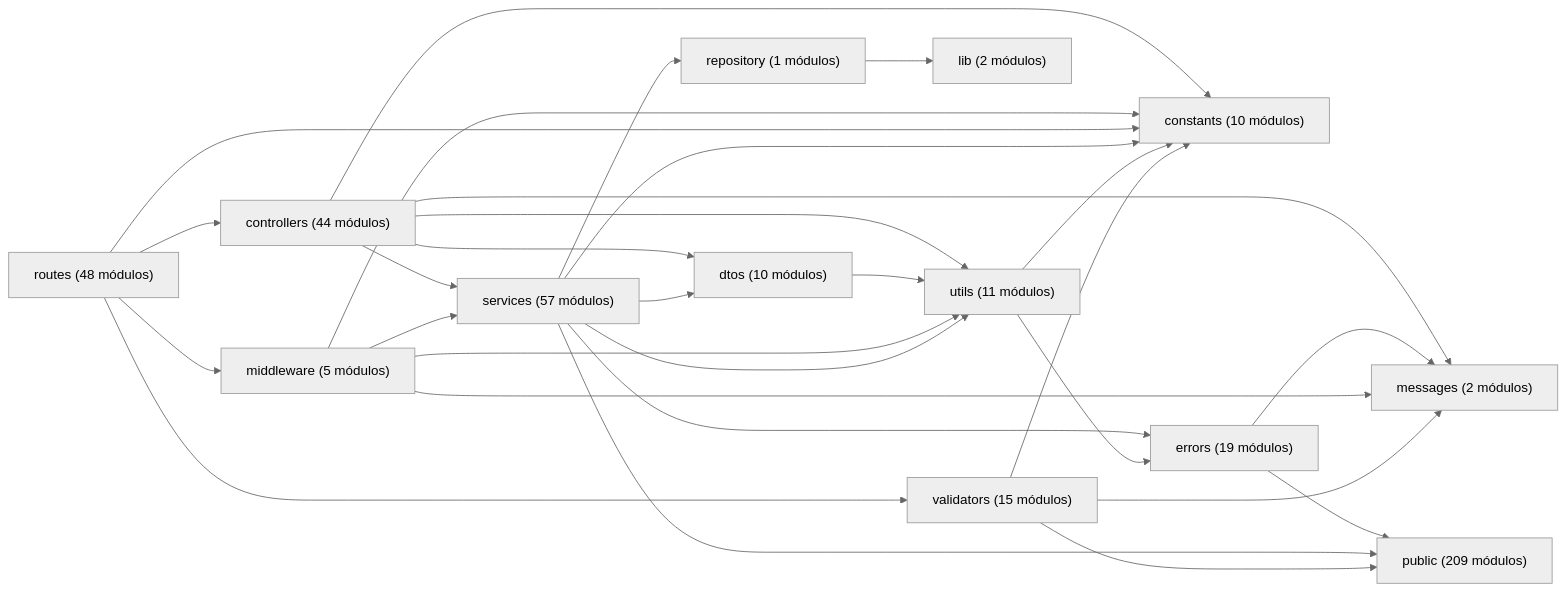
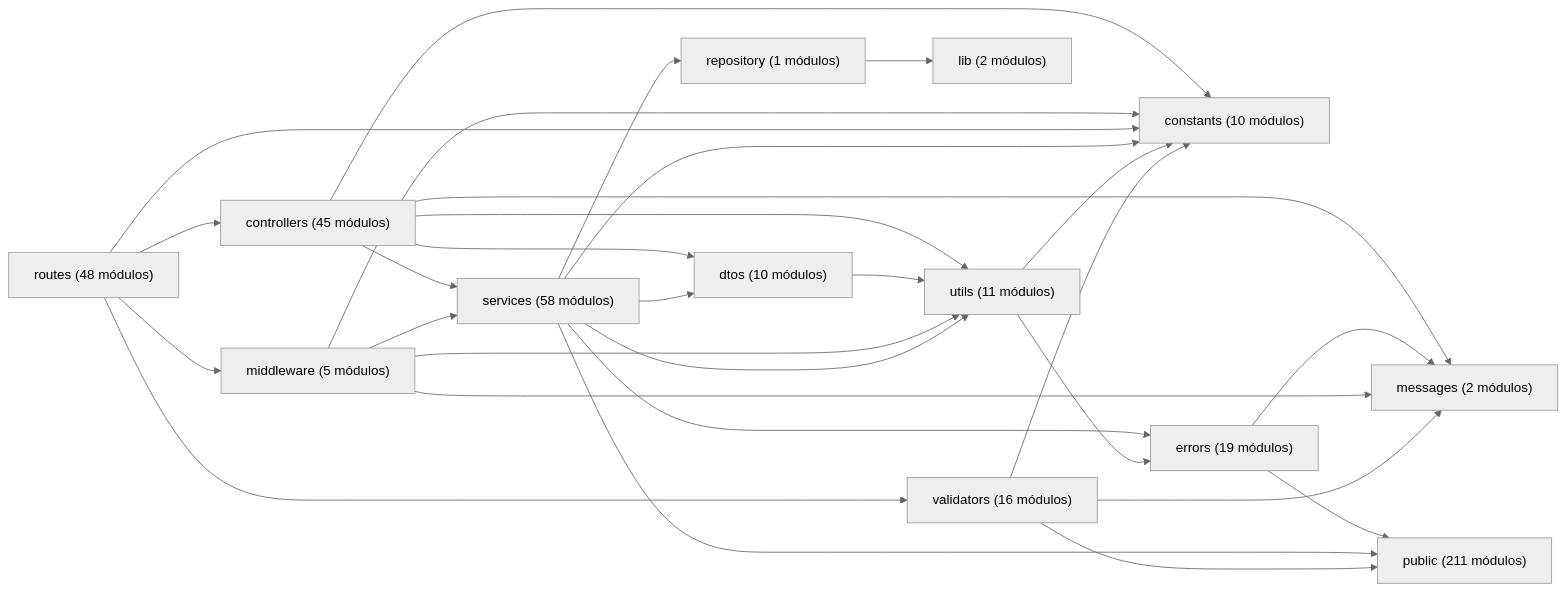
The diagram in docs/architecture/views/development/code-map.md (gpgsistemas01/nexus), drawn with Mermaid (neutral theme) before and after one commit. The commit also changed other lines of this file and 87 other files, not shown here.

````diff
--- a/docs/architecture/views/development/code-map.md
+++ b/docs/architecture/views/development/code-map.md
@@ -14,31 +14,31 @@
 ```mermaid
 flowchart LR
-    controllers["controllers (44 módulos)"] --> constants["constants (10 módulos)"]
-    controllers["controllers (44 módulos)"] --> dtos["dtos (10 módulos)"]
-    controllers["controllers (44 módulos)"] --> messages["messages (2 módulos)"]
-    controllers["controllers (44 módulos)"] --> services["services (57 módulos)"]
-    controllers["controllers (44 módulos)"] --> utils["utils (11 módulos)"]
+    controllers["controllers (45 módulos)"] --> constants["constants (10 módulos)"]
+    controllers["controllers (45 módulos)"] --> dtos["dtos (10 módulos)"]
+    controllers["controllers (45 módulos)"] --> messages["messages (2 módulos)"]
+    controllers["controllers (45 módulos)"] --> services["services (58 módulos)"]
+    controllers["controllers (45 módulos)"] --> utils["utils (11 módulos)"]
     dtos["dtos (10 módulos)"] --> utils["utils (11 módulos)"]
     errors["errors (19 módulos)"] --> messages["messages (2 módulos)"]
-    errors["errors (19 módulos)"] --> public["public (209 módulos)"]
+    errors["errors (19 módulos)"] --> public["public (211 módulos)"]
     middleware["middleware (5 módulos)"] --> constants["constants (10 módulos)"]
     middleware["middleware (5 módulos)"] --> messages["messages (2 módulos)"]
-    middleware["middleware (5 módulos)"] --> services["services (57 módulos)"]
+    middleware["middleware (5 módulos)"] --> services["services (58 módulos)"]
     middleware["middleware (5 módulos)"] --> utils["utils (11 módulos)"]
     repository["repository (1 módulos)"] --> lib["lib (2 módulos)"]
     routes["routes (48 módulos)"] --> constants["constants (10 módulos)"]
-    routes["routes (48 módulos)"] --> controllers["controllers (44 módulos)"]
+    routes["routes (48 módulos)"] --> controllers["controllers (45 módulos)"]
     routes["routes (48 módulos)"] --> middleware["middleware (5 módulos)"]
-    routes["routes (48 módulos)"] --> validators["validators (15 módulos)"]
-    services["services (57 módulos)"] --> constants["constants (10 módulos)"]
-    services["services (57 módulos)"] --> dtos["dtos (10 módulos)"]
-    services["services (57 módulos)"] --> errors["errors (19 módulos)"]
-    services["services (57 módulos)"] --> public["public (209 módulos)"]
-    services["services (57 módulos)"] --> repository["repository (1 módulos)"]
-    services["services (57 módulos)"] --> utils["utils (11 módulos)"]
+    routes["routes (48 módulos)"] --> validators["validators (16 módulos)"]
+    services["services (58 módulos)"] --> constants["constants (10 módulos)"]
+    services["services (58 módulos)"] --> dtos["dtos (10 módulos)"]
+    services["services (58 módulos)"] --> errors["errors (19 módulos)"]
+    services["services (58 módulos)"] --> public["public (211 módulos)"]
+    services["services (58 módulos)"] --> repository["repository (1 módulos)"]
+    services["services (58 módulos)"] --> utils["utils (11 módulos)"]
     utils["utils (11 módulos)"] --> constants["constants (10 módulos)"]
     utils["utils (11 módulos)"] --> errors["errors (19 módulos)"]
-    validators["validators (15 módulos)"] --> constants["constants (10 módulos)"]
-    validators["validators (15 módulos)"] --> messages["messages (2 módulos)"]
-    validators["validators (15 módulos)"] --> public["public (209 módulos)"]
+    validators["validators (16 módulos)"] --> constants["constants (10 módulos)"]
+    validators["validators (16 módulos)"] --> messages["messages (2 módulos)"]
+    validators["validators (16 módulos)"] --> public["public (211 módulos)"]
 ```
````
